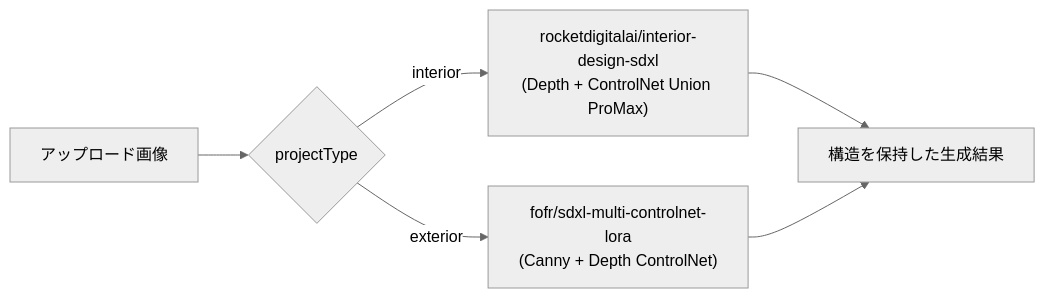
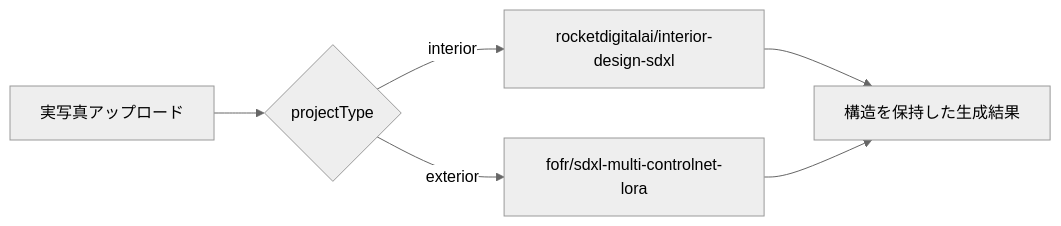
The second of 2 diagrams in docs/plan-quality-improvement.md (shinya-otsuka-arch/12_ai-render_active), drawn with Mermaid (neutral theme) before and after one commit. The commit also changed other lines of this file, not shown here.

````diff
--- a/docs/plan-quality-improvement.md
+++ b/docs/plan-quality-improvement.md
@@ -158,8 +46,8 @@
 ```mermaid
 flowchart LR
-    Upload[アップロード画像] --> Branch{projectType}
-    Branch -->|interior| InteriorModel["rocketdigitalai/interior-design-sdxl\n(Depth + ControlNet Union ProMax)"]
-    Branch -->|exterior| ExteriorModel["fofr/sdxl-multi-controlnet-lora\n(Canny + Depth ControlNet)"]
+    Upload[実写真アップロード] --> Branch{projectType}
+    Branch -->|interior| InteriorModel["rocketdigitalai/interior-design-sdxl"]
+    Branch -->|exterior| ExteriorModel["fofr/sdxl-multi-controlnet-lora"]
     InteriorModel --> Output[構造を保持した生成結果]
     ExteriorModel --> Output
 ```
````
